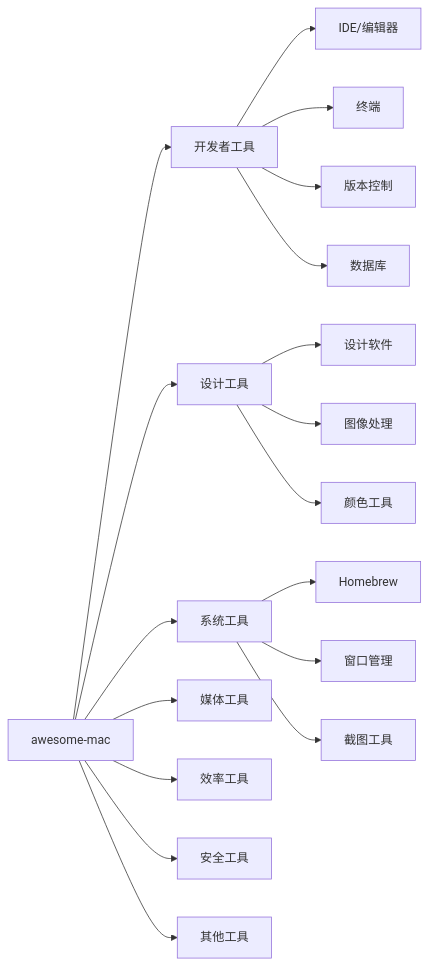
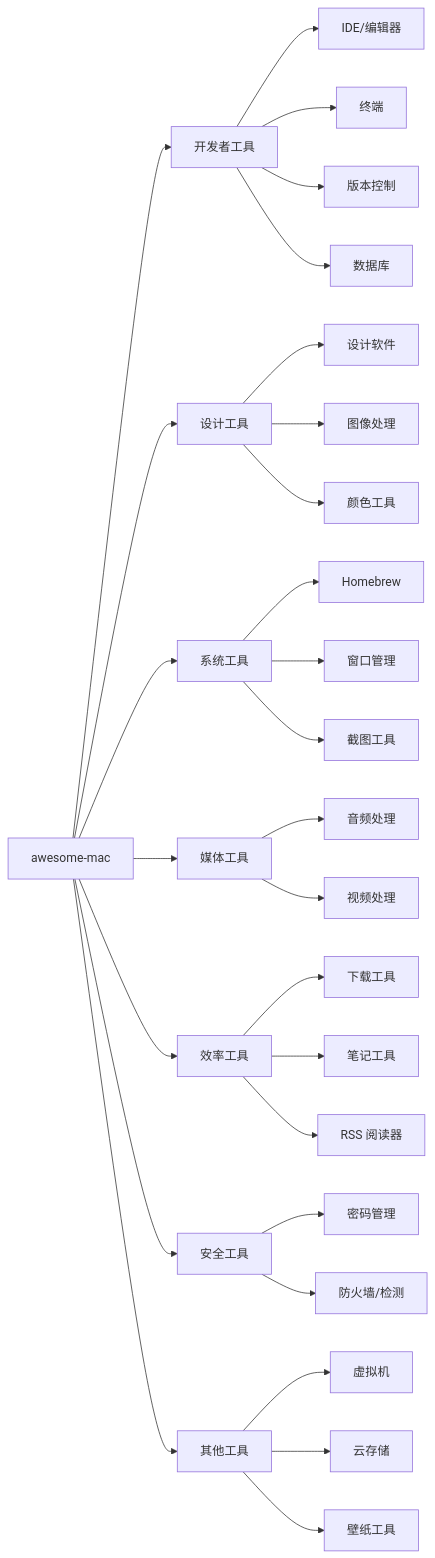
Before and after one commit to A1pha3/text-matrix: the diagram in content/posts/tech/awesome-mac-macos-software-resource-guide.md, drawn with Mermaid. The commit also changed other lines of this file and 21 other files, not shown here.

````diff
--- a/content/posts/tech/awesome-mac-macos-software-resource-guide.md
+++ b/content/posts/tech/awesome-mac-macos-software-resource-guide.md
@@ -60,23 +64,37 @@
 ```mermaid
 graph LR
     A["awesome-mac"] --> B["开发者工具"]
     A --> C["设计工具"]
     A --> D["系统工具"]
     A --> E["媒体工具"]
     A --> F["效率工具"]
     A --> G["安全工具"]
     A --> H["其他工具"]
 
     B --> B1["IDE/编辑器"]
     B --> B2["终端"]
     B --> B3["版本控制"]
     B --> B4["数据库"]
 
     C --> C1["设计软件"]
     C --> C2["图像处理"]
     C --> C3["颜色工具"]
 
     D --> D1["Homebrew"]
     D --> D2["窗口管理"]
     D --> D3["截图工具"]
+
+    E --> E1["音频处理"]
+    E --> E2["视频处理"]
+
+    F --> F1["下载工具"]
+    F --> F2["笔记工具"]
+    F --> F3["RSS 阅读器"]
+
+    G --> G1["密码管理"]
+    G --> G2["防火墙/检测"]
+
+    H --> H1["虚拟机"]
+    H --> H2["云存储"]
+    H --> H3["壁纸工具"]
 ```
````
